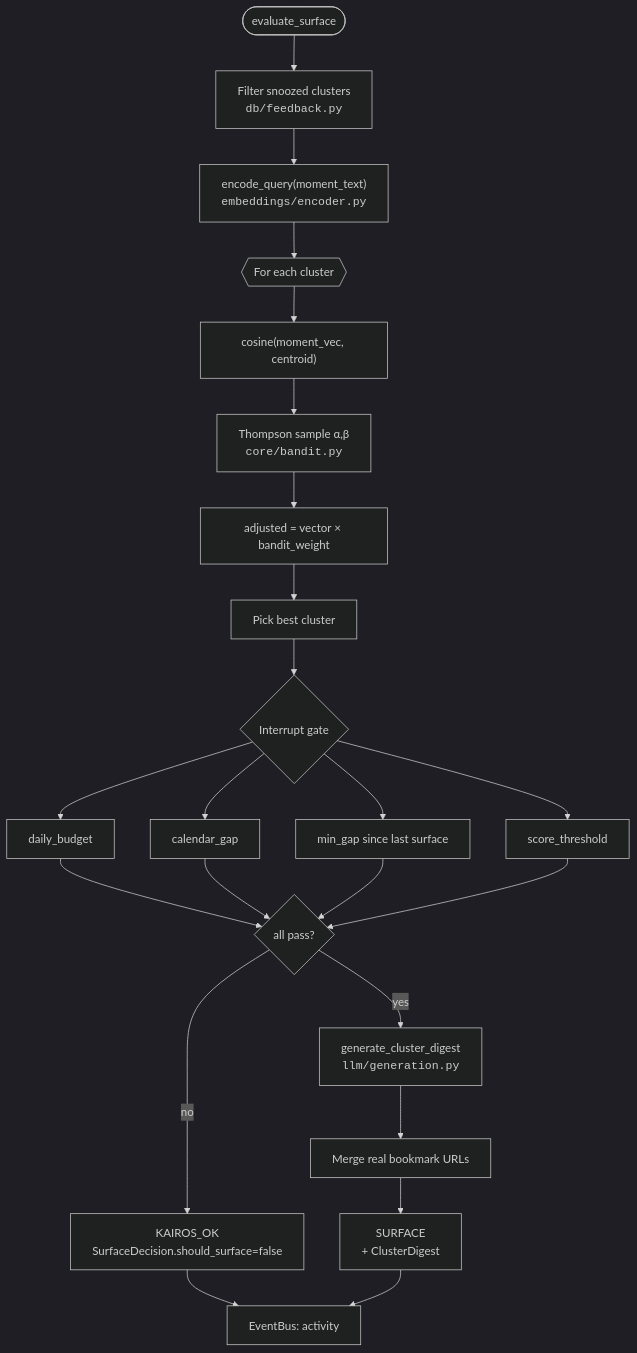
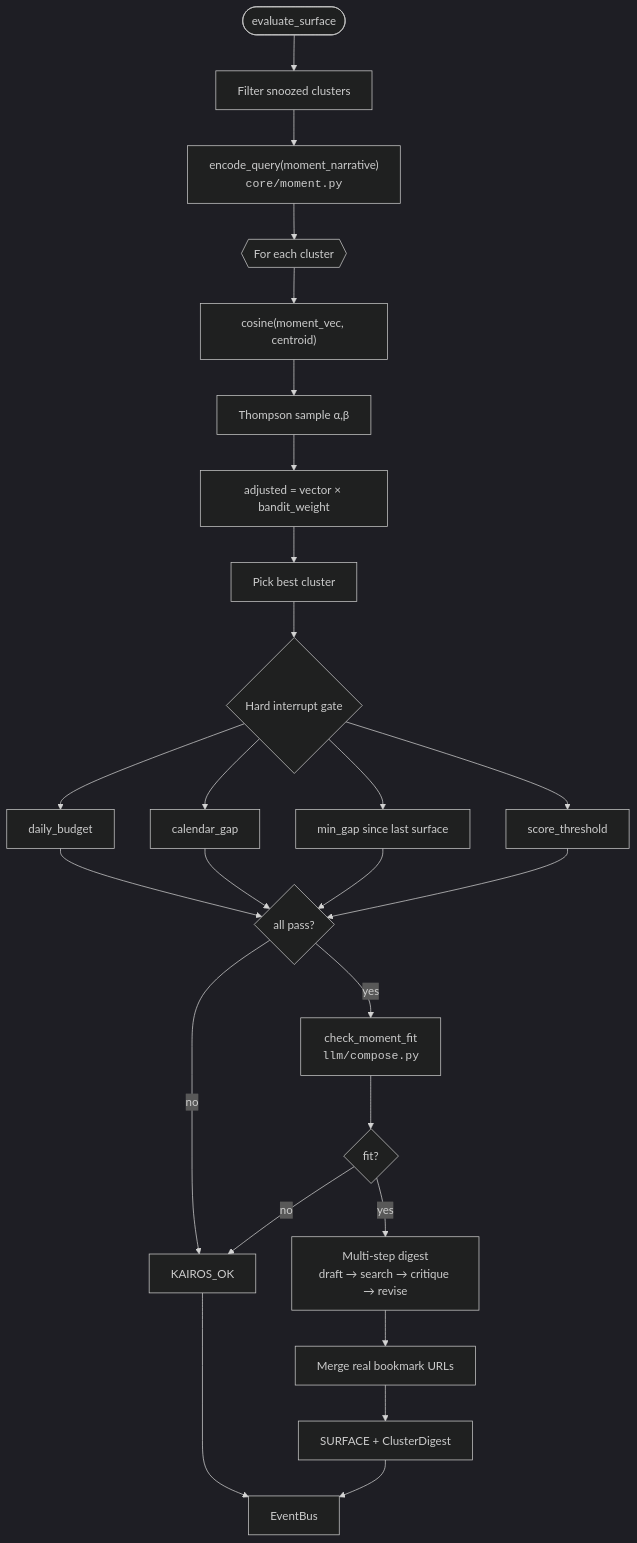
One commit to Sushmey/Kairos changed the fifth of 19 diagrams in docs/ARCHITECTURE.md. Above: the diagram before and after it, drawn with Mermaid (dark theme). The commit also changed other lines of this file and 126 other files, not shown here.

````diff
--- a/docs/ARCHITECTURE.md
+++ b/docs/ARCHITECTURE.md
@@ -213,26 +229,29 @@
 ```mermaid
 flowchart TB
-    Start([evaluate_surface]) --> Snooze["Filter snoozed clusters<br/><code>db/feedback.py</code>"]
-    Snooze --> EmbedQ["encode_query(moment_text)<br/><code>embeddings/encoder.py</code>"]
+    Start([evaluate_surface]) --> Snooze["Filter snoozed clusters"]
+    Snooze --> EmbedQ["encode_query(moment_narrative)<br/><code>core/moment.py</code>"]
 
     EmbedQ --> Loop{{"For each cluster"}}
     Loop --> Cosine["cosine(moment_vec, centroid)"]
-    Cosine --> TS["Thompson sample α,β<br/><code>core/bandit.py</code>"]
+    Cosine --> TS["Thompson sample α,β"]
     TS --> Adj["adjusted = vector × bandit_weight"]
     Adj --> Best["Pick best cluster"]
 
-    Best --> Gate{"Interrupt gate"}
+    Best --> Gate{"Hard interrupt gate"}
     Gate --> G1["daily_budget"]
     Gate --> G2["calendar_gap"]
     Gate --> G3["min_gap since last surface"]
     Gate --> G4["score_threshold"]
 
-    G1 & G2 & G3 & G4 --> Decision{all pass?}
-    Decision -->|no| OK["KAIROS_OK<br/>SurfaceDecision.should_surface=false"]
-    Decision -->|yes| Digest["generate_cluster_digest<br/><code>llm/generation.py</code>"]
+    G1 & G2 & G3 & G4 --> HardOK{all pass?}
+    HardOK -->|no| OK["KAIROS_OK"]
+    HardOK -->|yes| Fit["check_moment_fit<br/><code>llm/compose.py</code>"]
+    Fit --> FitOK{fit?}
+    FitOK -->|no| OK
+    FitOK -->|yes| Digest["Multi-step digest<br/>draft → search → critique → revise"]
     Digest --> Links["Merge real bookmark URLs"]
-    Links --> Surface["SURFACE<br/>+ ClusterDigest"]
+    Links --> Surface["SURFACE + ClusterDigest"]
 
-    OK --> Emit["EventBus: activity"]
+    OK --> Emit["EventBus"]
     Surface --> Emit
 ```
````
